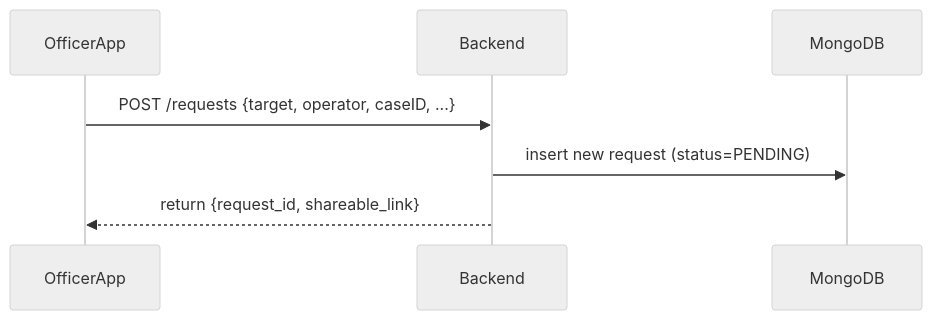
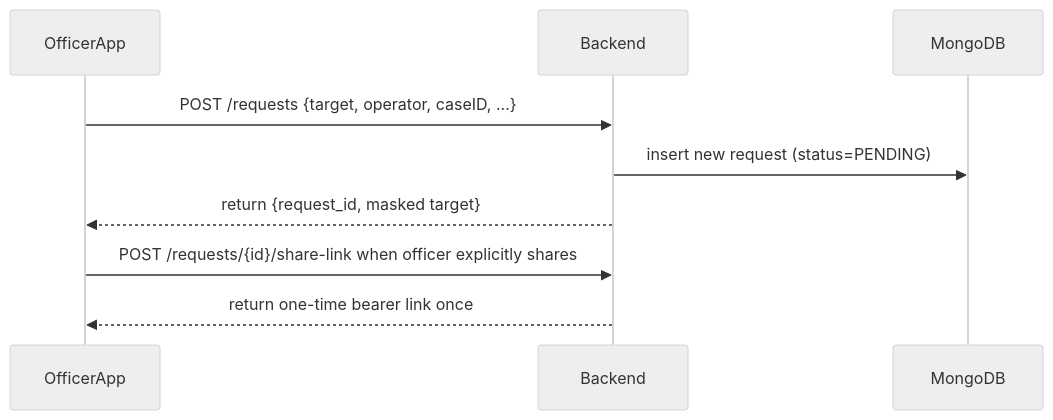
One commit to whitedevil-cybertech/Automated_SIM_Location changed the second of 4 diagrams in Markdown_Files/Architecture.md. Above: the diagram before and after it, drawn with Mermaid (neutral theme). The commit also changed other lines of this file and 14 other files, not shown here.

````diff
--- a/Markdown_Files/Architecture.md
+++ b/Markdown_Files/Architecture.md
@@ -79,9 +79,11 @@
 ```mermaid
 sequenceDiagram
     participant OfficerApp
     participant Backend
     participant MongoDB
     OfficerApp->>Backend: POST /requests {target, operator, caseID, ...}
     Backend->>MongoDB: insert new request (status=PENDING)
-    Backend-->>OfficerApp: return {request_id, shareable_link}
+    Backend-->>OfficerApp: return {request_id, masked target}
+    OfficerApp->>Backend: POST /requests/{id}/share-link when officer explicitly shares
+    Backend-->>OfficerApp: return one-time bearer link once
 ```
````
